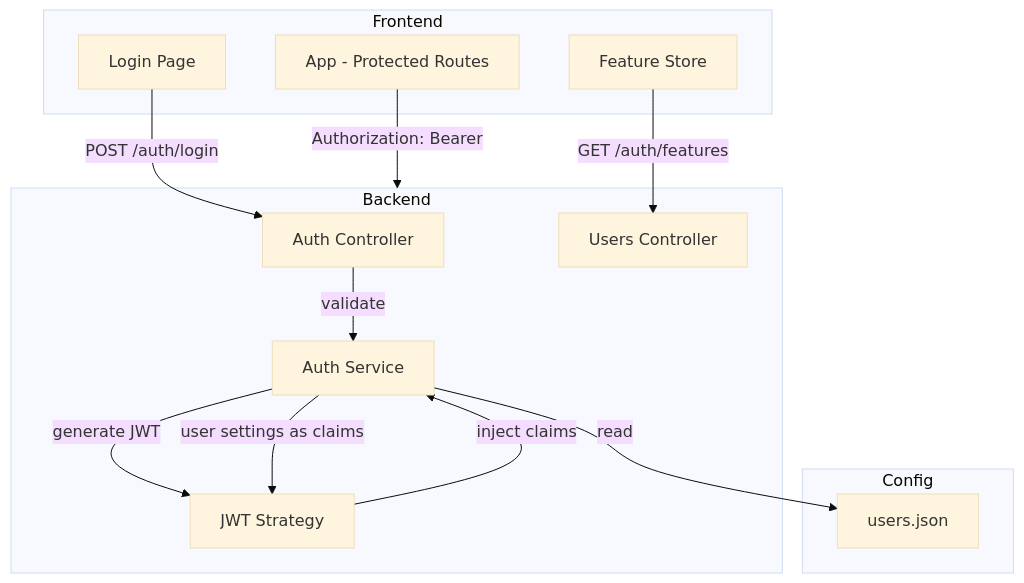
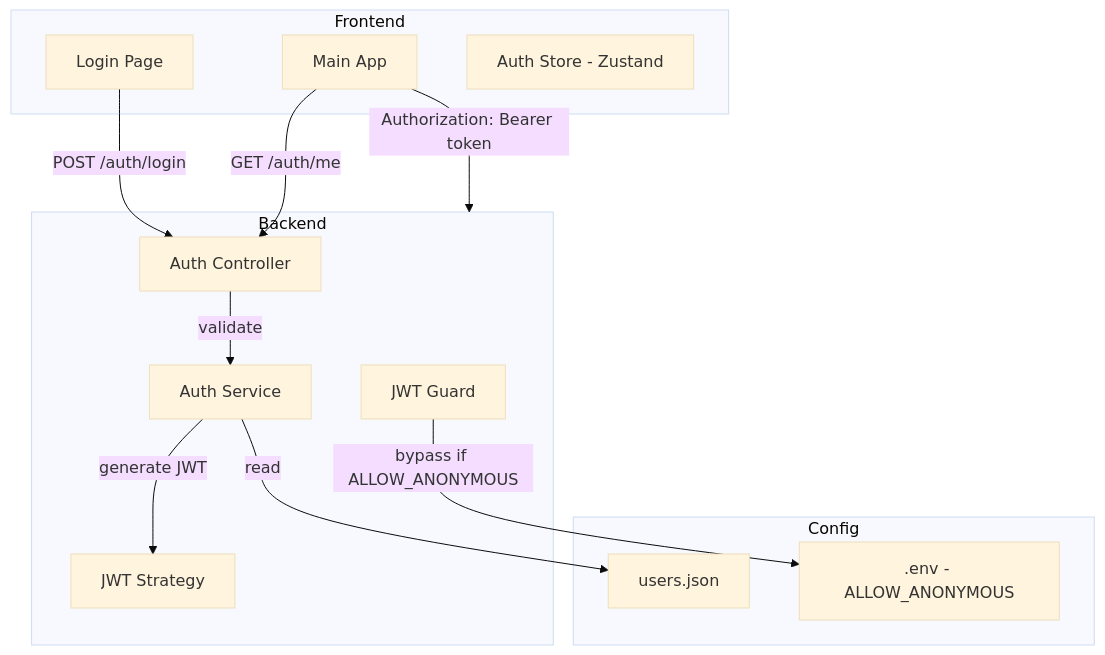
One commit to irium/rt-mcp changed the diagram in docs/auth/README.md. Above: the diagram before and after it, drawn with Mermaid (base theme). The commit also changed other lines of this file and 4 other files, not shown here.

````diff
--- a/docs/auth/README.md
+++ b/docs/auth/README.md
@@ -20,30 +17,30 @@
 ```mermaid
 flowchart TB
     subgraph Frontend
         Login[Login Page]
-        App[App - Protected Routes]
-        FeatureStore[Feature Store]
+        App[Main App]
+        Store[Auth Store - Zustand]
     end
     
     subgraph Backend
         AuthController[Auth Controller]
         AuthService[Auth Service]
         JwtStrategy[JWT Strategy]
-        UsersController[Users Controller]
+        JwtGuard[JWT Guard]
     end
     
     subgraph Config
-        UsersConfig[users.json]
+        UsersJSON[users.json]
+        Env[.env - ALLOW_ANONYMOUS]
     end
     
     Login -->|POST /auth/login| AuthController
     AuthController -->|validate| AuthService
-    AuthService -->|read| UsersConfig
+    AuthService -->|read| UsersJSON
     AuthService -->|generate JWT| JwtStrategy
     
-    App -->|Authorization: Bearer| Backend
-    FeatureStore -->|GET /auth/features| UsersController
+    App -->|Authorization: Bearer token| Backend
+    App -->|GET /auth/me| AuthController
     
-    JwtStrategy -->|inject claims| AuthService
-    AuthService -->|user settings as claims| JwtStrategy
+    JwtGuard -->|bypass if ALLOW_ANONYMOUS| Env
 ```
````
